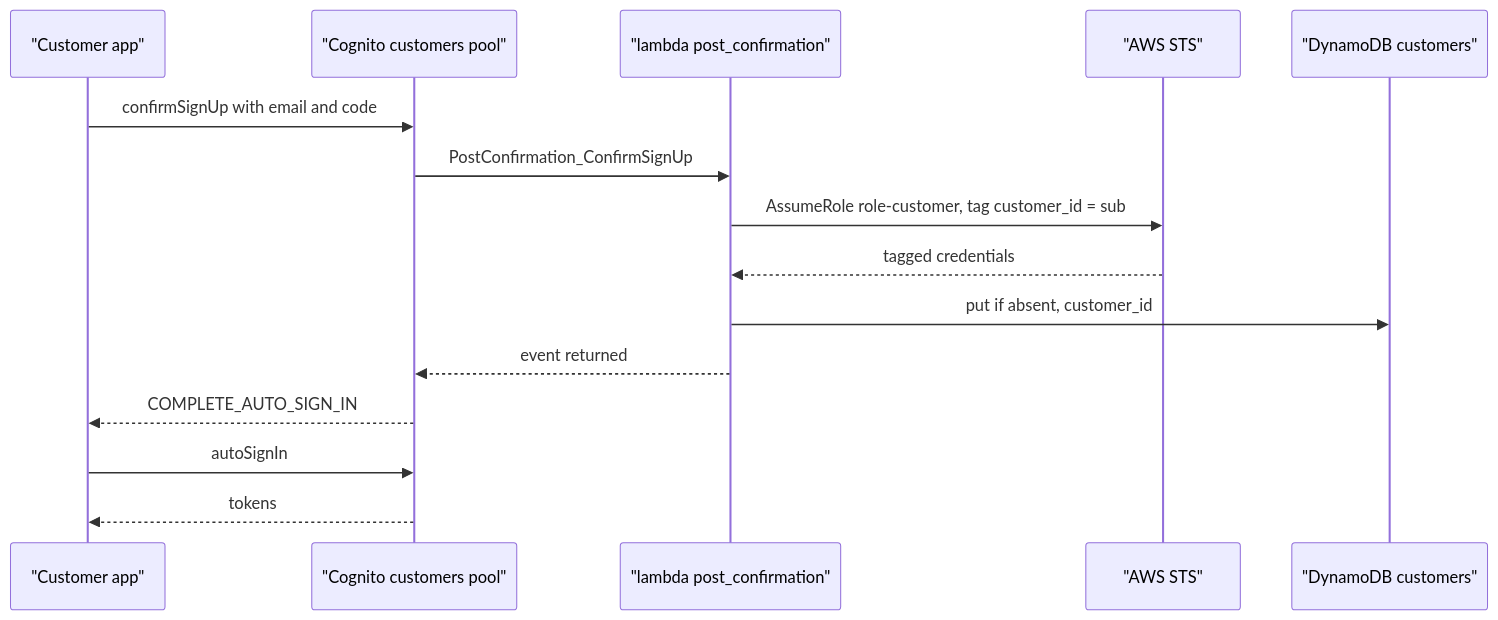
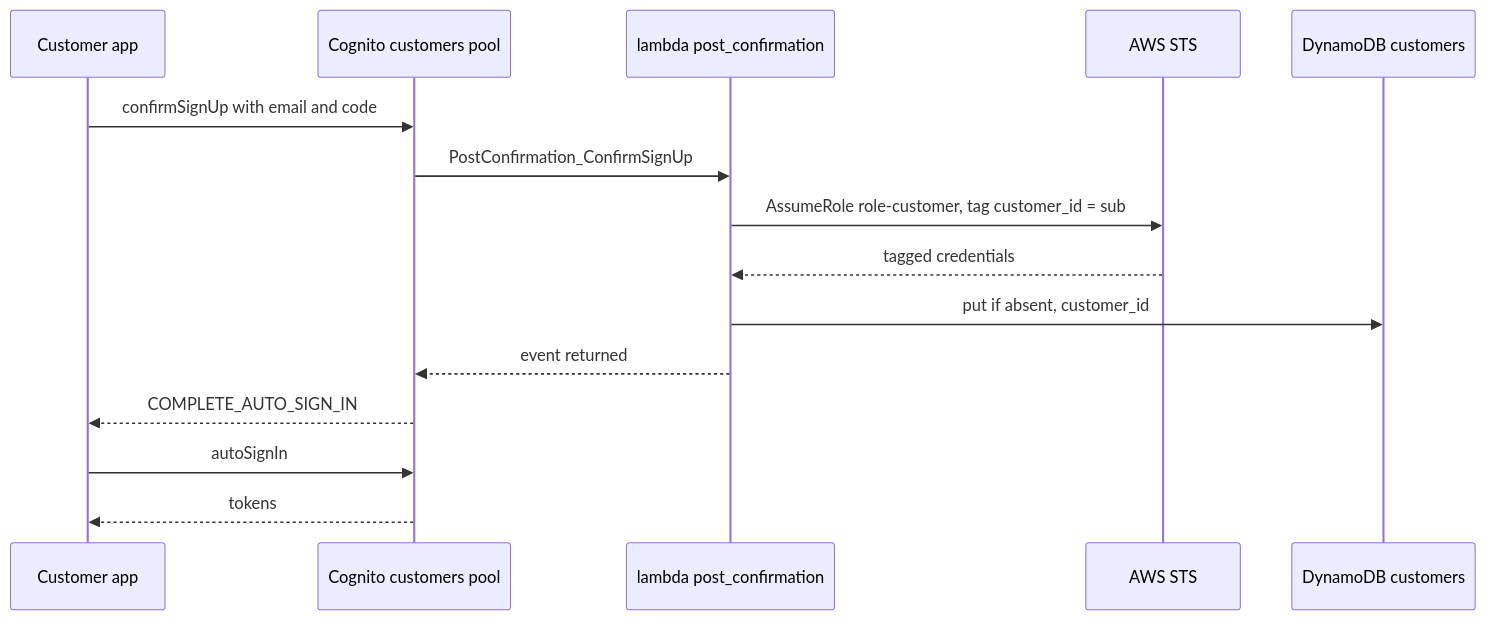
One commit to Team-ACGS/factored-hackathon-2026-acgs changed the third of 7 diagrams in docs/modules/identity/flows.md. Above: the diagram before and after it, drawn with Mermaid. The commit also changed other lines of this file and 6 other files, not shown here.

Commit message:
docs(assistant,cases,data,identity,messaging): reviewer findings on flows and readme, round 2

````diff
--- a/docs/modules/identity/flows.md
+++ b/docs/modules/identity/flows.md
@@ -84,18 +84,18 @@
 ```mermaid
 sequenceDiagram
-    participant App as "Customer app"
-    participant Cog as "Cognito customers pool"
-    participant PC as "lambda post_confirmation"
-    participant STS as "AWS STS"
-    participant Cust as "DynamoDB customers"
+    participant App as Customer app
+    participant Cog as Cognito customers pool
+    participant PC as lambda post_confirmation
+    participant STS as AWS STS
+    participant Cust as DynamoDB customers
 
     App->>Cog: confirmSignUp with email and code
     Cog->>PC: PostConfirmation_ConfirmSignUp
     PC->>STS: AssumeRole role-customer, tag customer_id = sub
     STS-->>PC: tagged credentials
     PC->>Cust: put if absent, customer_id
     PC-->>Cog: event returned
     Cog-->>App: COMPLETE_AUTO_SIGN_IN
     App->>Cog: autoSignIn
     Cog-->>App: tokens
 ```
````
